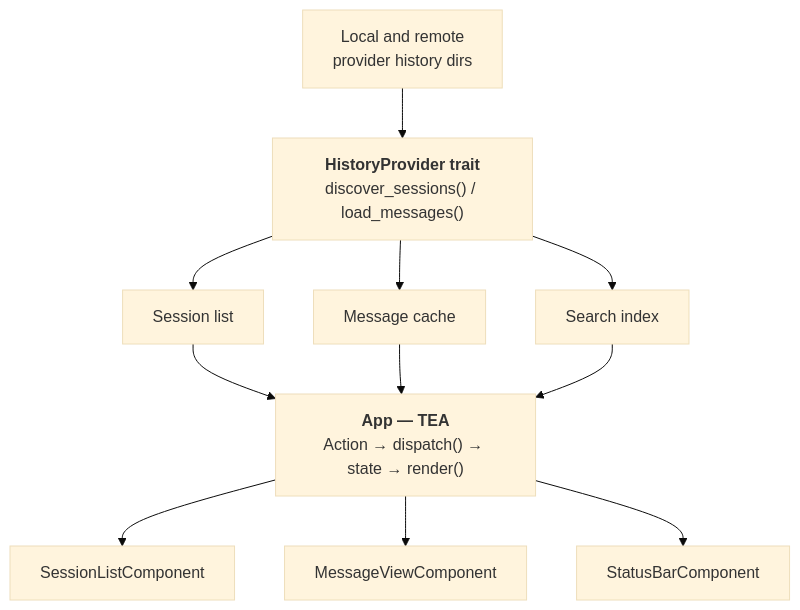
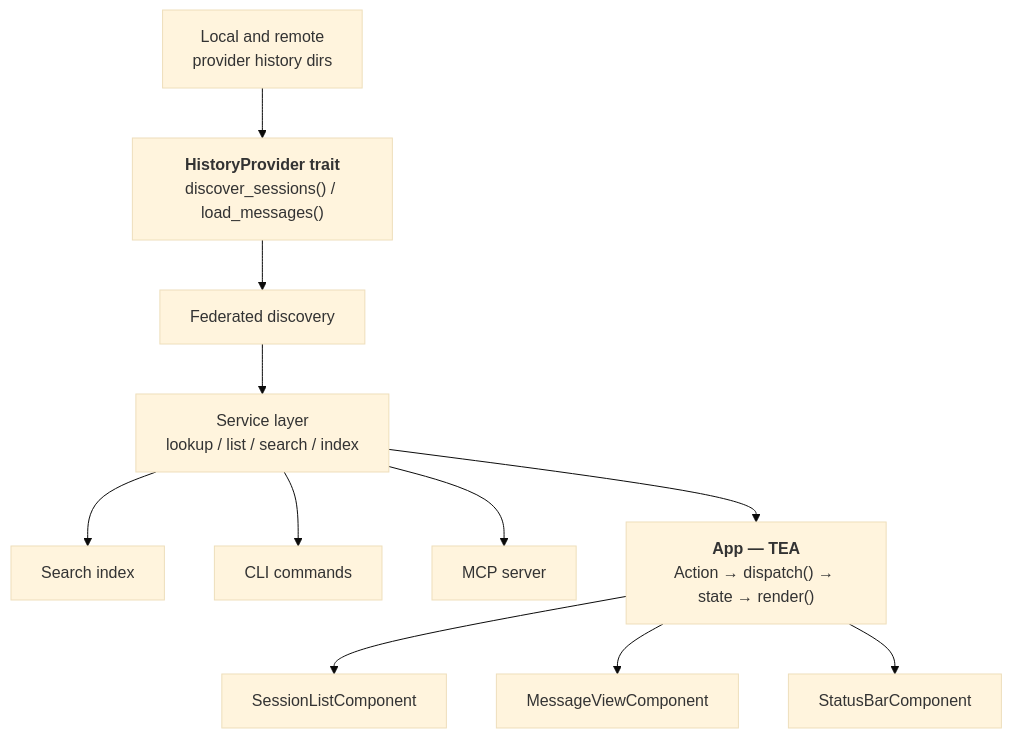
The first of 3 diagrams in docs/ARCHITECTURE.md (Tien-Lam/agent-history), drawn with Mermaid (base theme) before and after one commit. The commit also changed other lines of this file, not shown here.

Commit message:
docs: refresh architecture service boundaries

````diff
--- a/docs/ARCHITECTURE.md
+++ b/docs/ARCHITECTURE.md
@@ -10,20 +13,19 @@
 ```mermaid
 graph TD
     PD["Local and remote<br>provider history dirs"] --> HP
 
     HP["<b>HistoryProvider trait</b><br>discover_sessions() / load_messages()"]
 
-    HP --> SL[Session list]
-    HP --> MC[Message cache]
-    HP --> SI[Search index]
-
-    SL --> APP
-    MC --> APP
-    SI --> APP
+    HP --> FD[Federated discovery]
+    FD --> SV[Service layer<br>lookup / list / search / index]
+    SV --> SI[Search index]
+    SV --> CMD[CLI commands]
+    SV --> MCP[MCP server]
+    SV --> APP
 
     APP["<b>App — TEA</b><br>Action → dispatch() → state → render()"]
 
     APP --> UI_SL[SessionListComponent]
     APP --> UI_MV[MessageViewComponent]
     APP --> UI_SB[StatusBarComponent]
 ```
````
